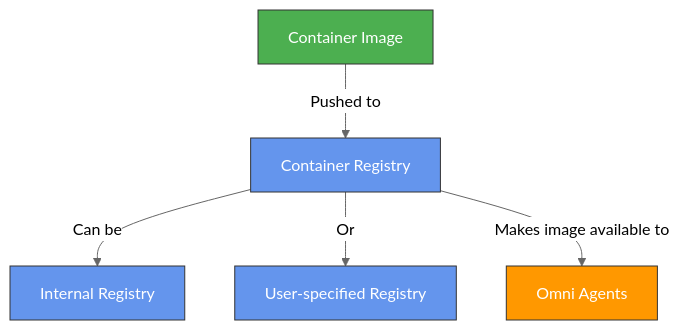
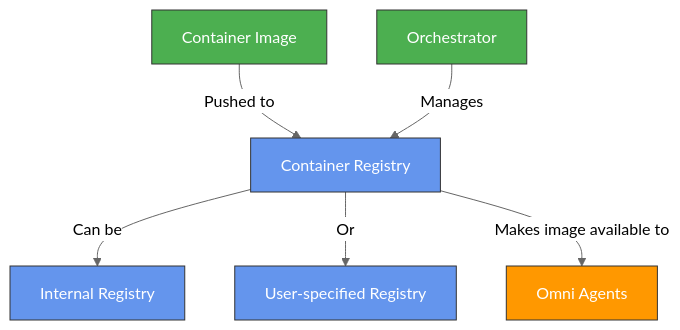
One commit to OmniCloudOrg/OmniCloud-Full changed the fourth of 10 diagrams in Notes/Omni_Deploy.md. Above: the diagram before and after it, drawn with Mermaid (neutral theme). The commit also changed other lines of this file, not shown here.

````diff
--- a/Notes/Omni_Deploy.md
+++ b/Notes/Omni_Deploy.md
@@ -102,13 +102,15 @@
 ```mermaid
 graph TD
     Image[Container Image] -->|Pushed to| Registry[Container Registry]
     Registry -->|Can be| InternalReg[Internal Registry]
     Registry -->|Or| ExternalReg[User-specified Registry]
     Registry -->|Makes image available to| Agents[Omni Agents]
+    Orchestrator[Orchestrator] -->|Manages| Registry
     
     style Image fill:#4CAF50,stroke:#333,stroke-width:1px,color:white
     style Registry fill:#6495ED,stroke:#333,stroke-width:1px,color:white
     style InternalReg fill:#6495ED,stroke:#333,stroke-width:1px,color:white
     style ExternalReg fill:#6495ED,stroke:#333,stroke-width:1px,color:white
     style Agents fill:#FF9800,stroke:#333,stroke-width:1px,color:white
+    style Orchestrator fill:#4CAF50,stroke:#333,stroke-width:1px,color:white
 ```
````
